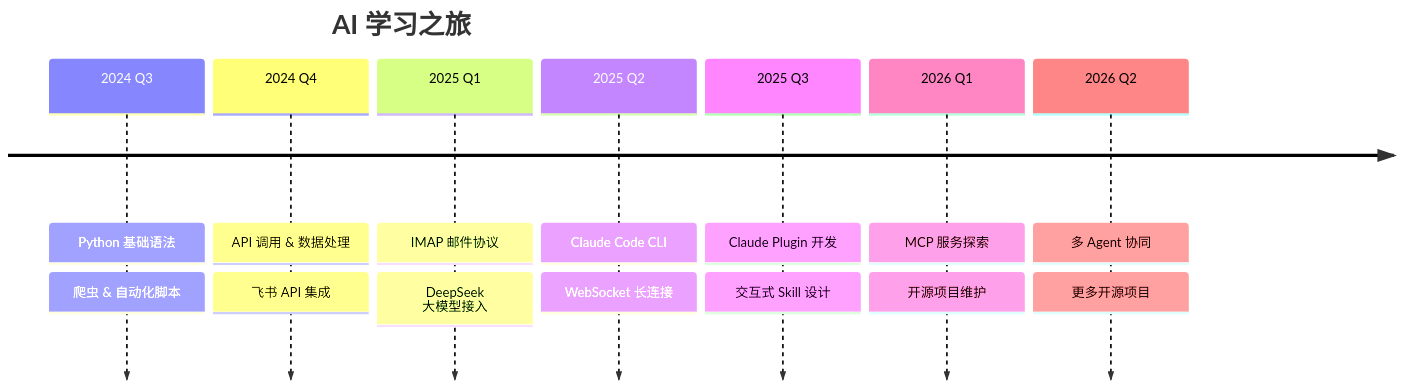
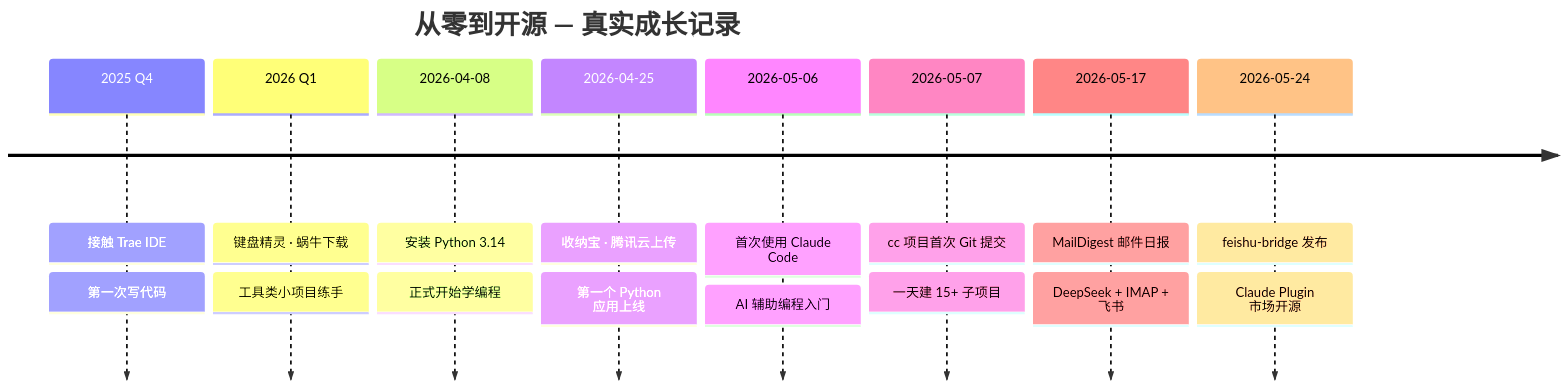
Before and after one commit to choudududechou-dev/choudududechou-dev: the diagram in README.md, drawn with Mermaid. The commit also changed other lines of this file, not shown here.

Commit message:
fix: 改名高润松 + 真实时间线 (基于电脑文件记录)

````diff
--- a/README.md
+++ b/README.md
@@ -60,11 +60,12 @@
 ```mermaid
 timeline
-    title AI 学习之旅
-    2024 Q3 : Python 基础语法 : 爬虫 & 自动化脚本
-    2024 Q4 : API 调用 & 数据处理 : 飞书 API 集成
-    2025 Q1 : IMAP 邮件协议 : DeepSeek 大模型接入
-    2025 Q2 : Claude Code CLI : WebSocket 长连接
-    2025 Q3 : Claude Plugin 开发 : 交互式 Skill 设计
-    2026 Q1 : MCP 服务探索 : 开源项目维护
-    2026 Q2 : 多 Agent 协同 : 更多开源项目
+    title 从零到开源 — 真实成长记录
+    2025 Q4 : 接触 Trae IDE : 第一次写代码
+    2026 Q1 : 键盘精灵 · 蜗牛下载 : 工具类小项目练手
+    2026-04-08 : 安装 Python 3.14 : 正式开始学编程
+    2026-04-25 : 收纳宝 · 腾讯云上传 : 第一个 Python 应用上线
+    2026-05-06 : 首次使用 Claude Code : AI 辅助编程入门
+    2026-05-07 : cc 项目首次 Git 提交 : 一天建 15+ 子项目
+    2026-05-17 : MailDigest 邮件日报 : DeepSeek + IMAP + 飞书
+    2026-05-24 : feishu-bridge 发布 : Claude Plugin 市场开源
 ```
````
